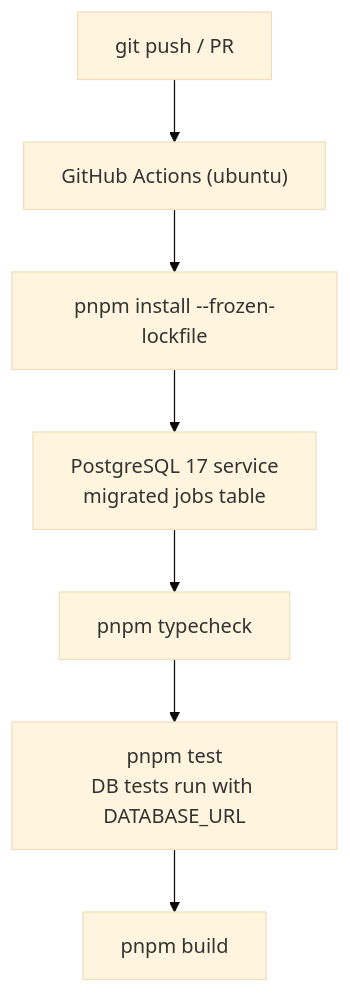
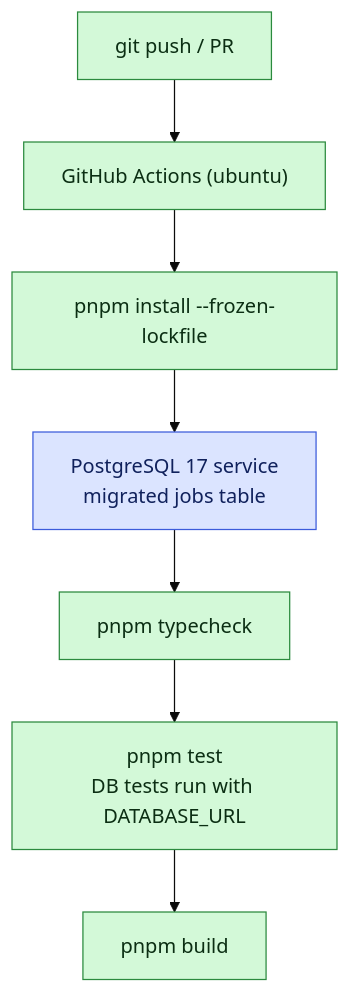
One commit to kaiser1x/hubris changed diagram 16 of 17 in docs/ARCHITECTURE.md. Above: the diagram before and after it, drawn with Mermaid (base theme). The commit also changed other lines of this file and 1 other file, not shown here.

First line of the commit message:
docs: fix erDiagram reserved word and color-code architecture maps

````diff
--- a/docs/ARCHITECTURE.md
+++ b/docs/ARCHITECTURE.md
@@ -457,17 +521,22 @@
 ```mermaid
 flowchart TD
     Push["git push / PR"]
     GHA["GitHub Actions (ubuntu)"]
     Install["pnpm install --frozen-lockfile"]
     Pg2["PostgreSQL 17 service<br/>migrated jobs table"]
     TC["pnpm typecheck"]
     Test["pnpm test<br/>DB tests run with DATABASE_URL"]
     Build["pnpm build"]
 
     Push --> GHA
     GHA --> Install
     Install --> Pg2
     Pg2 --> TC
     TC --> Test
     Test --> Build
+
+    classDef live fill:#d3f9d8,stroke:#2b8a3e,color:#0b2e13
+    classDef store fill:#dbe4ff,stroke:#3b5bdb,color:#10215c
+    class Push,GHA,Install,TC,Test,Build live
+    class Pg2 store
 ```
````
